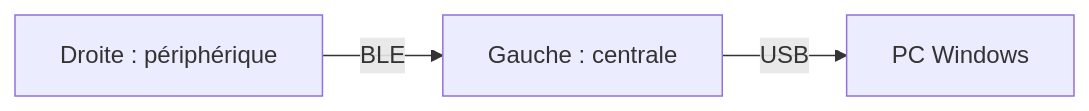
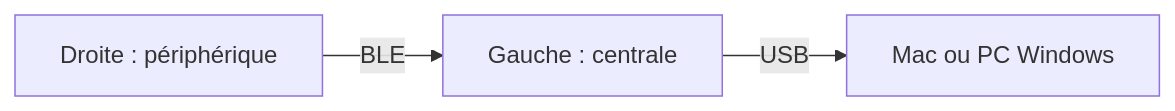
Before and after one commit to nphlp/Splitergoll: the first of 3 diagrams in docs/configuration-materielle.md, drawn with Mermaid. The commit also changed other lines of this file and 4 other files, not shown here.

````diff
--- a/docs/configuration-materielle.md
+++ b/docs/configuration-materielle.md
@@ -36,5 +36,5 @@
 ```mermaid
 flowchart LR
     R["Droite : périphérique"] -->|BLE| L["Gauche : centrale"]
-    L -->|USB| PC["PC Windows"]
+    L -->|USB| PC["Mac ou PC Windows"]
 ```
````
